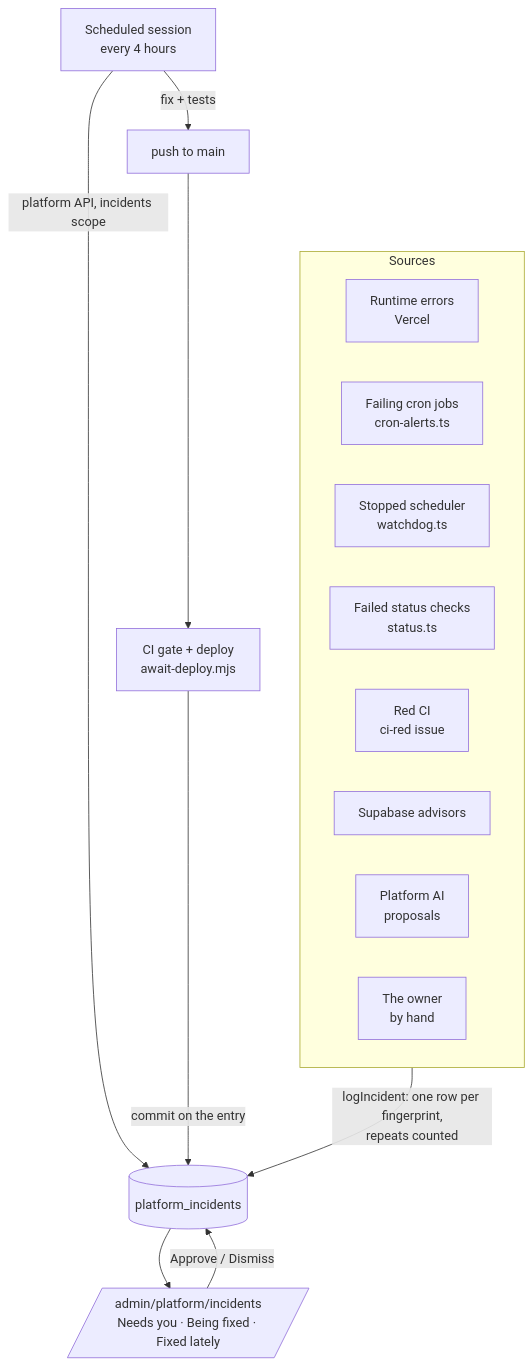
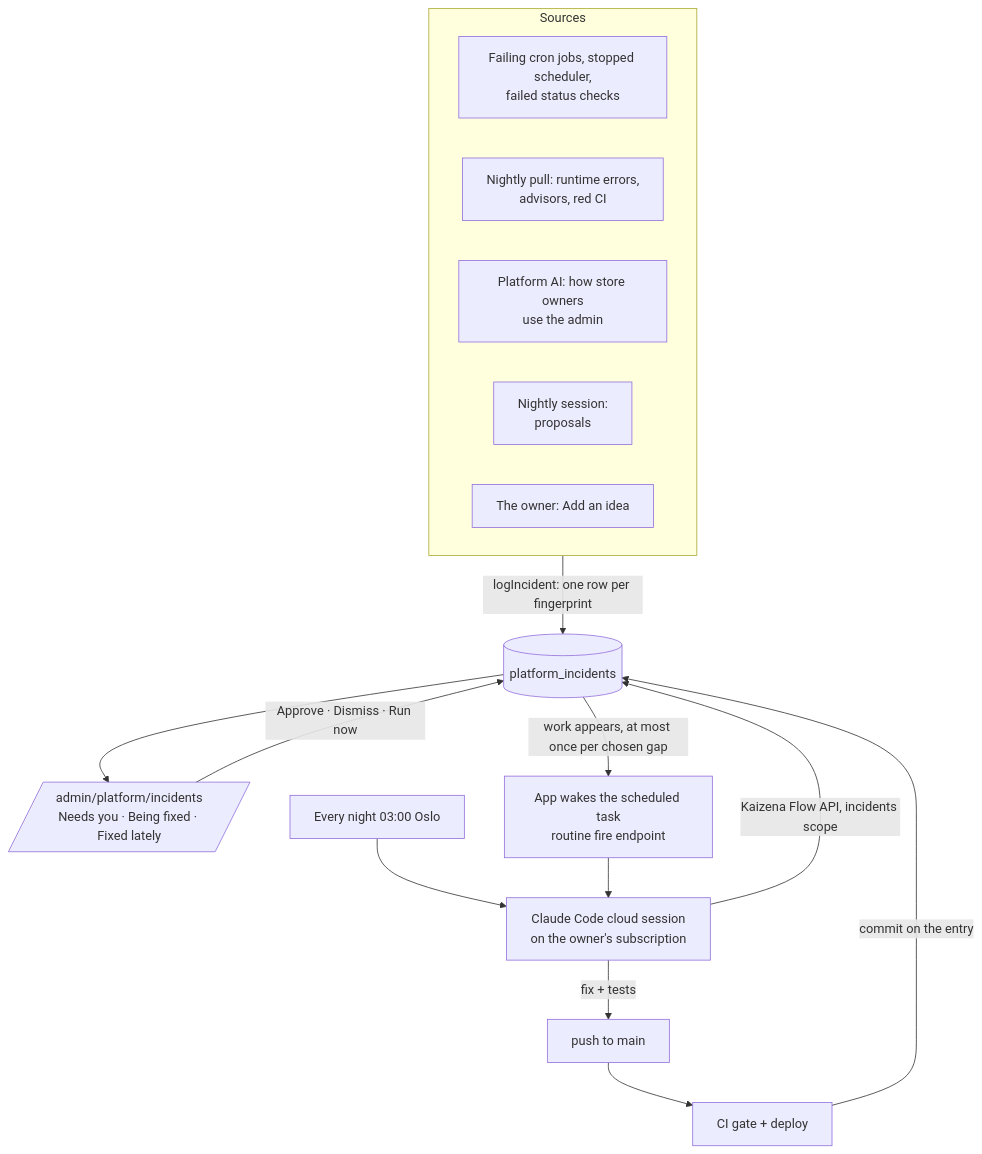
The first of 2 diagrams in docs/audits/incident-autopilot-2026-11.md (andregieaver/kaizen-store), drawn with Mermaid before and after one commit. The commit also changed other lines of this file, not shown here.

First line of the commit message:
Incident log plan: runs on the owner's subscription (woken by the app, one nightly run), nightly proposals, and the platform AI reading store owners' admin use

````diff
--- a/docs/audits/incident-autopilot-2026-11.md
+++ b/docs/audits/incident-autopilot-2026-11.md
@@ -17,20 +26,20 @@
 ```mermaid
 flowchart TB
   subgraph Sources
-    R[Runtime errors<br/>Vercel]
-    C[Failing cron jobs<br/>cron-alerts.ts]
-    W[Stopped scheduler<br/>watchdog.ts]
-    S[Failed status checks<br/>status.ts]
-    G[Red CI<br/>ci-red issue]
-    A[Supabase advisors]
-    P[Platform AI<br/>proposals]
-    O[The owner<br/>by hand]
+    C[Failing cron jobs, stopped scheduler,<br/>failed status checks]
+    N[Nightly pull: runtime errors,<br/>advisors, red CI]
+    OB[Platform AI: how store owners<br/>use the admin]
+    NP[Nightly session:<br/>proposals]
+    O[The owner: Add an idea]
   end
-  Sources -->|logIncident: one row per fingerprint,<br/>repeats counted| L[(platform_incidents)]
+  Sources -->|logIncident: one row per fingerprint| L[(platform_incidents)]
   L --> UI[/admin/platform/incidents<br/>Needs you · Being fixed · Fixed lately/]
-  UI -->|Approve / Dismiss| L
-  T[Scheduled session<br/>every 4 hours] -->|platform API, incidents scope| L
+  UI -->|Approve · Dismiss · Run now| L
+  L -->|work appears, at most once per chosen gap| F[App wakes the scheduled task<br/>routine fire endpoint]
+  NI[Every night 03:00 Oslo] --> T
+  F --> T[Claude Code cloud session<br/>on the owner's subscription]
+  T -->|Kaizena Flow API, incidents scope| L
   T -->|fix + tests| M[push to main]
-  M --> CI[CI gate + deploy<br/>await-deploy.mjs]
+  M --> CI[CI gate + deploy]
   CI -->|commit on the entry| L
 ```
````
